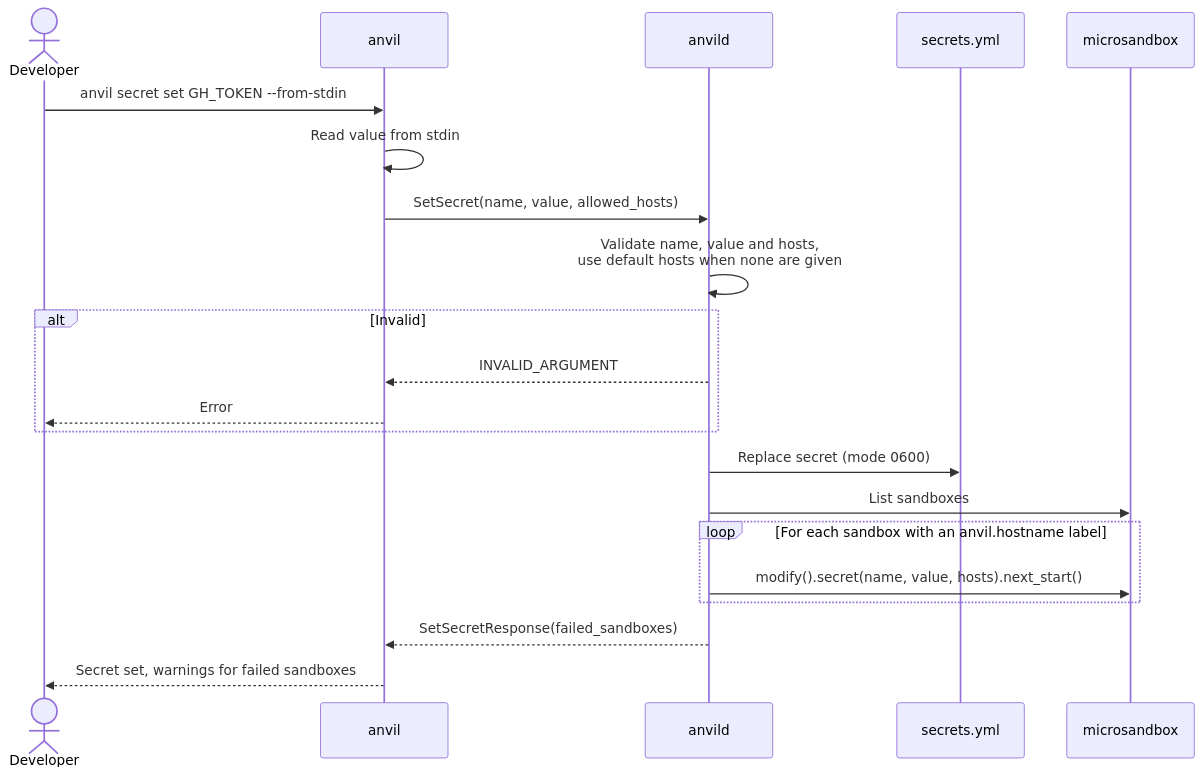
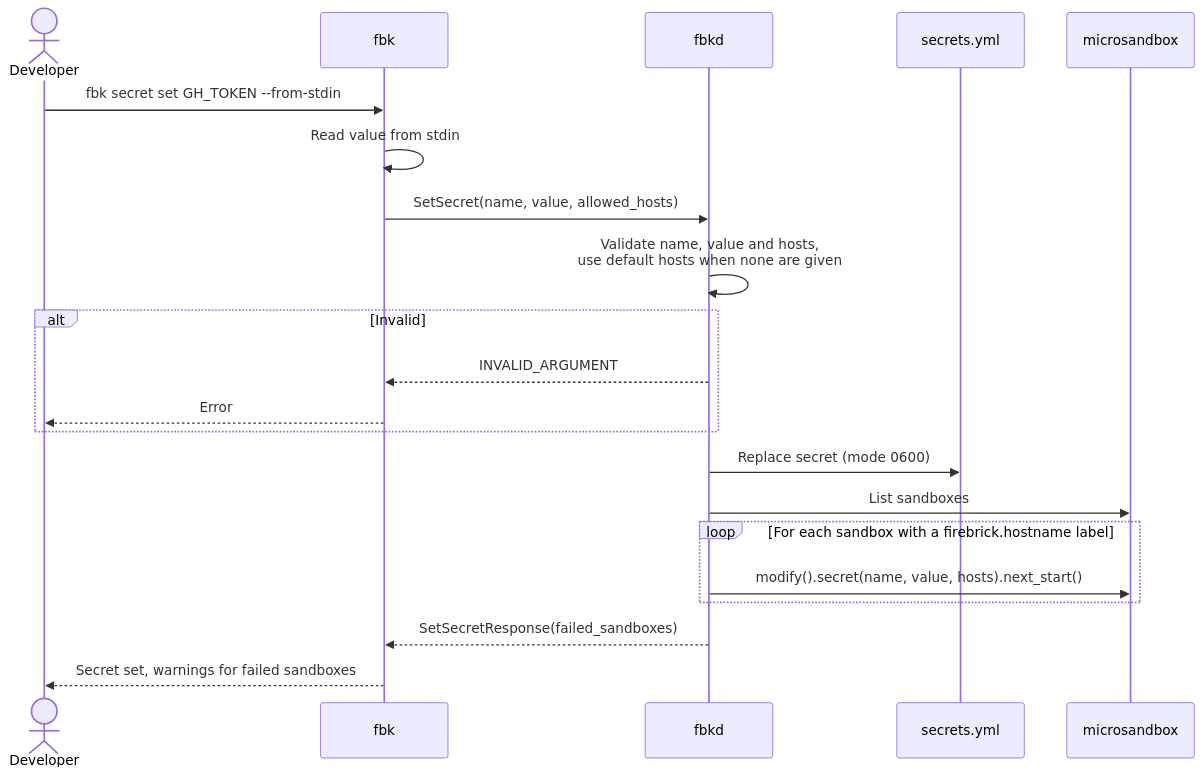
One commit to wmeints/anvil changed the fifth of 6 diagrams in docs/architecture/06-runtime-view.md. Above: the diagram before and after it, drawn with Mermaid. The commit also changed other lines of this file and 57 other files, not shown here.

First line of the commit message:
refactor: rename anvil to firebrick

````diff
--- a/docs/architecture/06-runtime-view.md
+++ b/docs/architecture/06-runtime-view.md
@@ -281,24 +282,24 @@
 ```mermaid
 sequenceDiagram
     actor Dev as Developer
-    participant CLI as anvil
-    participant D as anvild
+    participant CLI as fbk
+    participant D as fbkd
     participant F as secrets.yml
     participant MS as microsandbox
 
-    Dev->>CLI: anvil secret set GH_TOKEN --from-stdin
+    Dev->>CLI: fbk secret set GH_TOKEN --from-stdin
     CLI->>CLI: Read value from stdin
     CLI->>D: SetSecret(name, value, allowed_hosts)
     D->>D: Validate name, value and hosts,<br/>use default hosts when none are given
     alt Invalid
         D-->>CLI: INVALID_ARGUMENT
         CLI-->>Dev: Error
     end
     D->>F: Replace secret (mode 0600)
     D->>MS: List sandboxes
-    loop For each sandbox with an anvil.hostname label
+    loop For each sandbox with a firebrick.hostname label
         D->>MS: modify().secret(name, value, hosts).next_start()
     end
     D-->>CLI: SetSecretResponse(failed_sandboxes)
     CLI-->>Dev: Secret set, warnings for failed sandboxes
 ```
````
